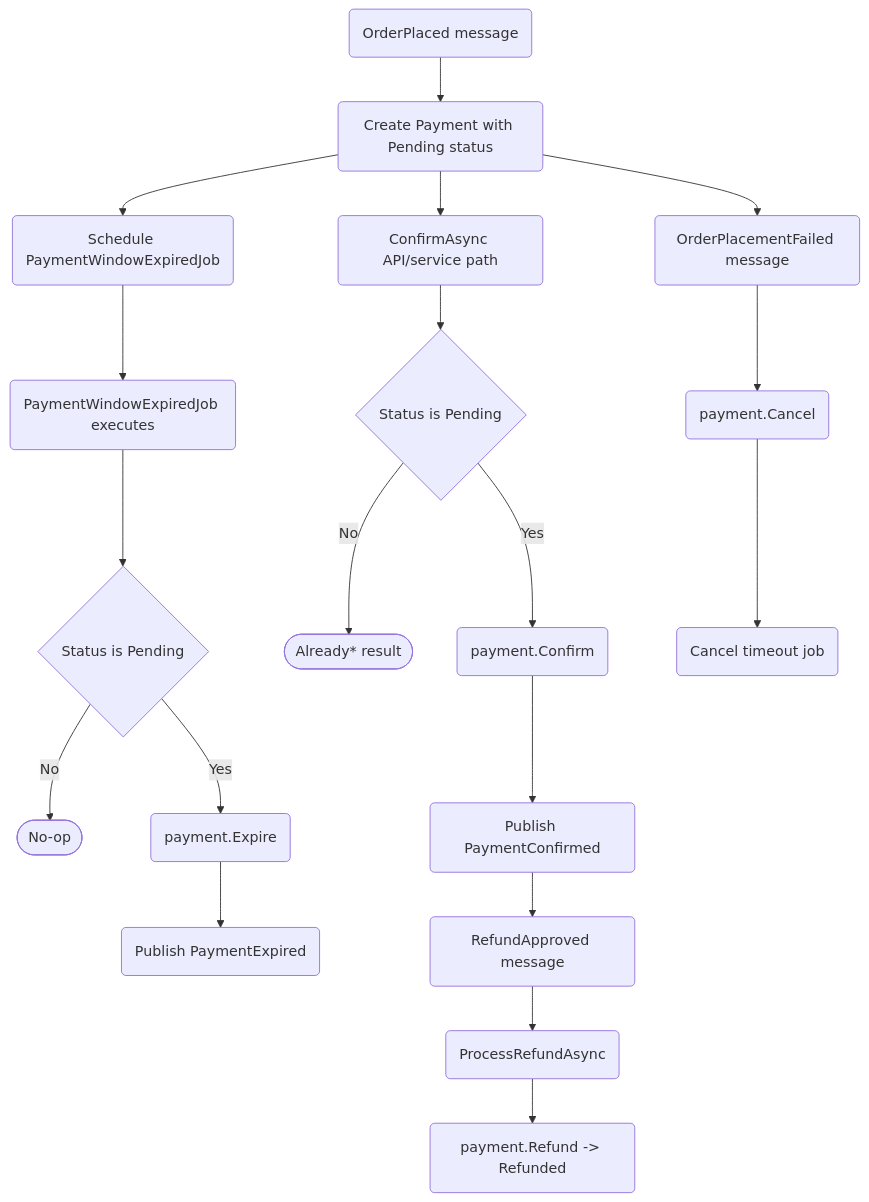
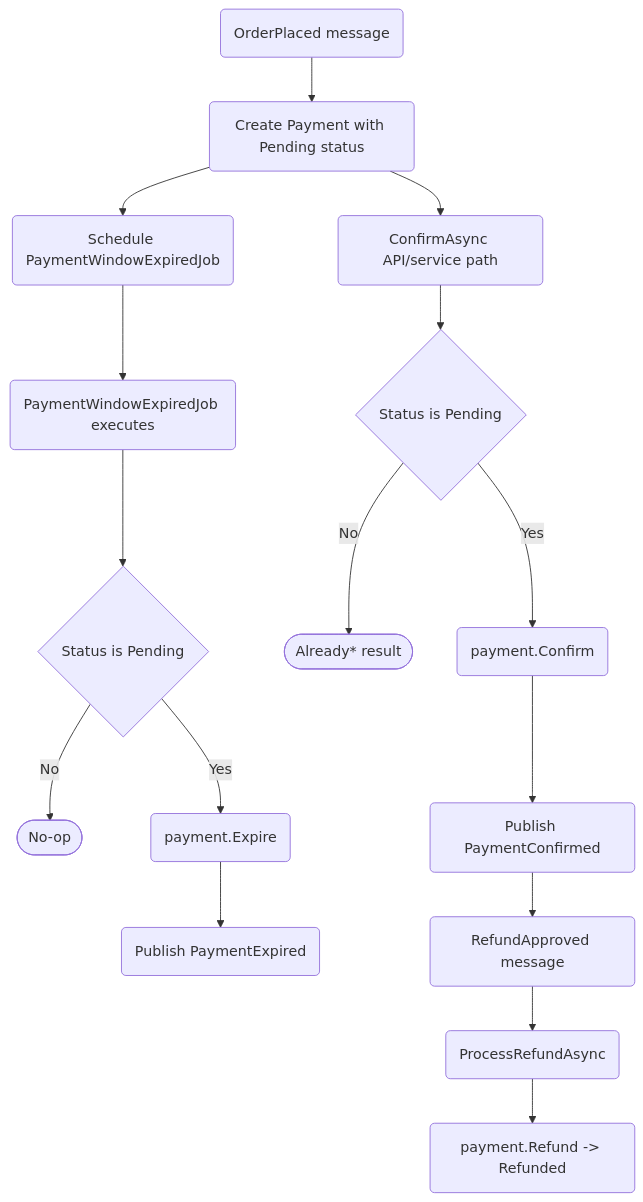
One commit to kwojtasinski-repo/ECommerceApp changed the diagram in assets/diagrams/flows/payments-lifecycle.md. Above: the diagram before and after it, drawn with Mermaid. The commit also changed 34 other files, not shown here.

First line of the commit message:
refactor: remove unreachable legacy order placement path (ADR-0026 superseded)

````diff
--- a/assets/diagrams/flows/payments-lifecycle.md
+++ b/assets/diagrams/flows/payments-lifecycle.md
@@ -5,25 +5,21 @@
 ```mermaid
 graph TD
     A(OrderPlaced message) --> B(Create Payment with Pending status)
     B --> C(Schedule PaymentWindowExpiredJob)
 
     B --> D(ConfirmAsync API/service path)
     D --> E{Status is Pending}
     E -->|No| F([Already* result])
     E -->|Yes| G(payment.Confirm)
     G --> H(Publish PaymentConfirmed)
 
     C --> I(PaymentWindowExpiredJob executes)
     I --> J{Status is Pending}
     J -->|No| K([No-op])
     J -->|Yes| L(payment.Expire)
     L --> M(Publish PaymentExpired)
 
-    B --> N(OrderPlacementFailed message)
-    N --> O(payment.Cancel)
-    O --> P(Cancel timeout job)
-
     H --> Q(RefundApproved message)
     Q --> R(ProcessRefundAsync)
     R --> S(payment.Refund -> Refunded)
 ```
````
